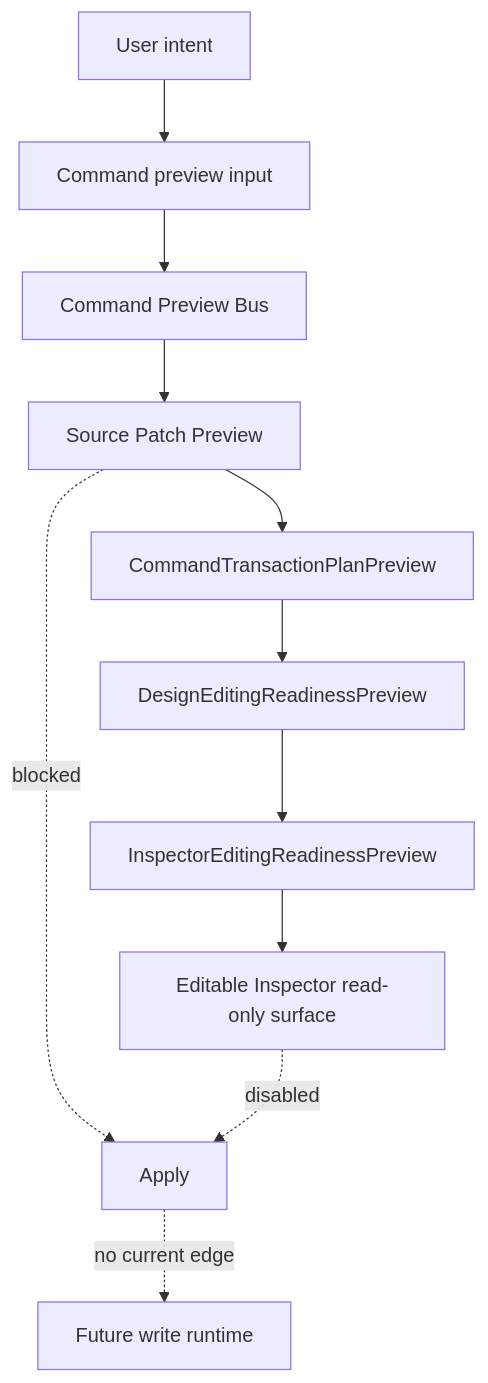
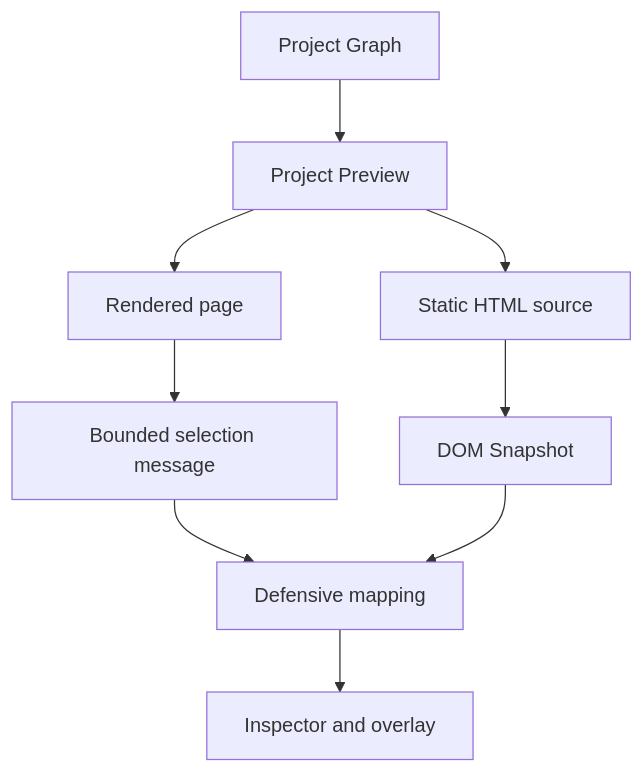
The third of 3 diagrams in docs/guided-reading.md (krestosa/Crystal), drawn with Mermaid before and after one commit. The commit also changed other lines of this file and 60 other files, not shown here.

````diff
--- a/docs/guided-reading.md
+++ b/docs/guided-reading.md
@@ -178,13 +66,11 @@
 ```mermaid
 flowchart TD
-  Intent[User intent] --> Command[Command preview input]
-  Command --> PreviewBus[Command Preview Bus]
-  PreviewBus --> Patch[Source Patch Preview]
-  Patch --> Transaction[CommandTransactionPlanPreview]
-  Transaction --> Readiness[DesignEditingReadinessPreview]
-  Readiness --> Inspector[InspectorEditingReadinessPreview]
-  Inspector --> Surface[Editable Inspector read-only surface]
-  Patch -. blocked .-> Apply[Apply]
-  Surface -. disabled .-> Apply
-  Apply -. no current edge .-> Write[Future write runtime]
+  Graph[Project Graph] --> Protocol[Project Preview]
+  Protocol --> Browser[Rendered page]
+  Protocol --> Source[Static HTML source]
+  Source --> Snapshot[DOM Snapshot]
+  Browser --> Message[Bounded selection message]
+  Message --> Mapping[Defensive mapping]
+  Snapshot --> Mapping
+  Mapping --> Inspector[Inspector and overlay]
 ```
````
